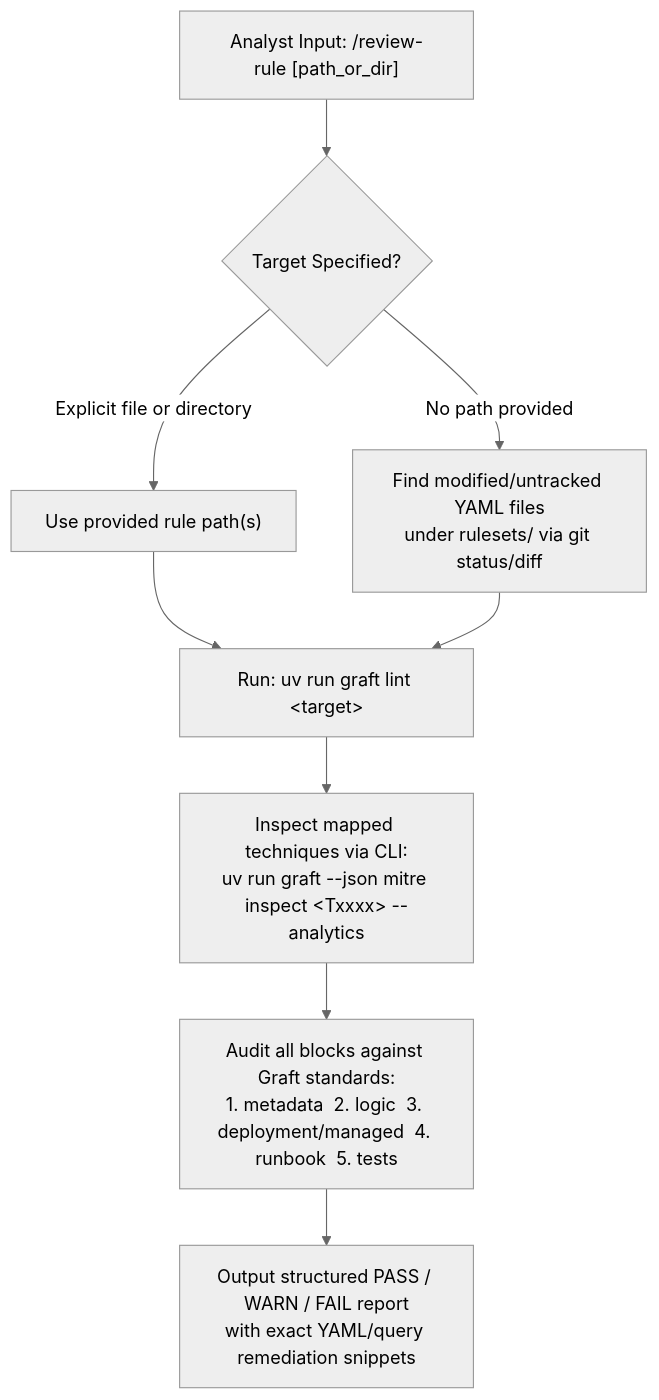
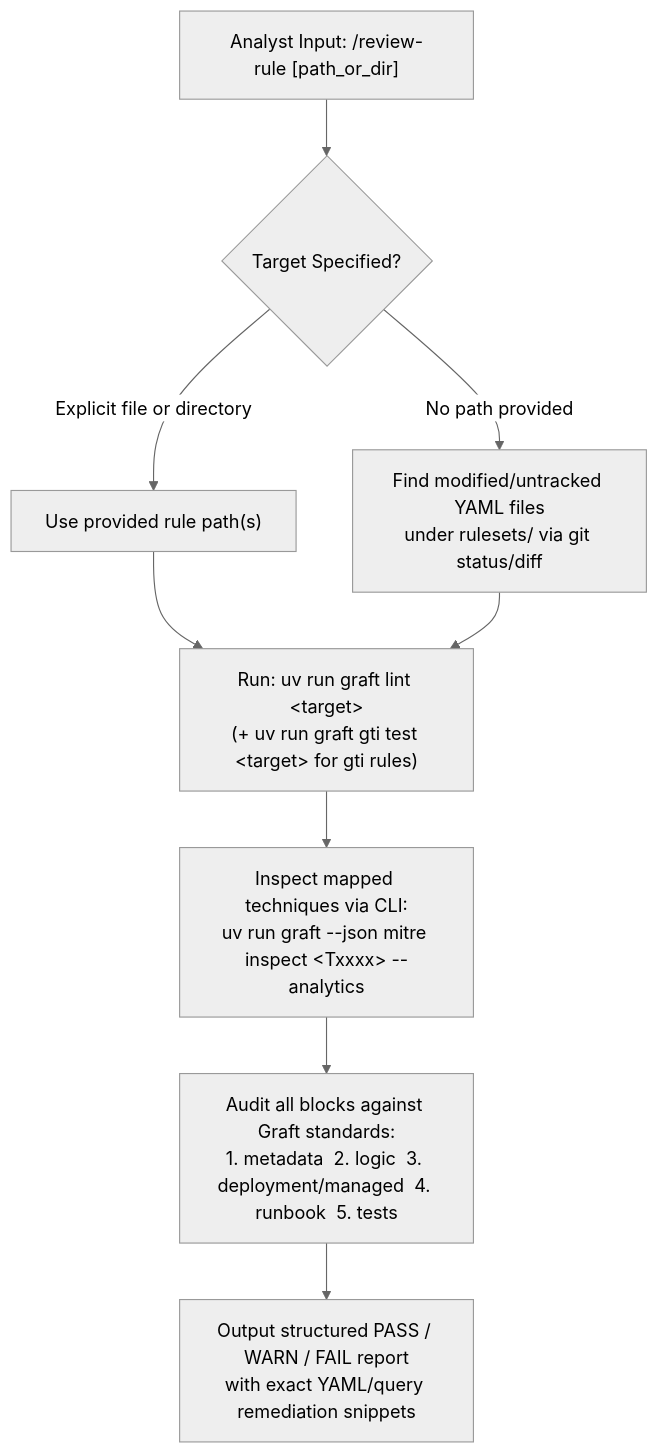
Before and after one commit to lopes/graft: the diagram in .agents/skills/review-rule/SKILL.md, drawn with Mermaid (neutral theme). The commit also changed other lines of this file and 8 other files, not shown here.

Commit message:
docs,skills: position graft for google security with equal secops and gti coverage (#60)

````diff
--- a/.agents/skills/review-rule/SKILL.md
+++ b/.agents/skills/review-rule/SKILL.md
@@ -31,11 +33,11 @@
 ```mermaid
 flowchart TD
     IN["Analyst Input: /review-rule [path_or_dir]"] --> TARGET{"Target Specified?"}
     TARGET -->|"Explicit file or directory"| USE["Use provided rule path(s)"]
     TARGET -->|"No path provided"| GIT["Find modified/untracked YAML files<br/>under rulesets/ via git status/diff"]
-    USE --> LINT["Run: uv run graft lint &lt;target&gt;"]
+    USE --> LINT["Run: uv run graft lint &lt;target&gt;<br/>(+ uv run graft gti test &lt;target&gt; for gti rules)"]
     GIT --> LINT
     LINT --> MITRE["Inspect mapped techniques via CLI:<br/>uv run graft --json mitre inspect &lt;Txxxx&gt; --analytics"]
     MITRE --> AUDIT["Audit all blocks against Graft standards:<br/>1. metadata  2. logic  3. deployment/managed  4. runbook  5. tests"]
     AUDIT --> REPORT["Output structured PASS / WARN / FAIL report<br/>with exact YAML/query remediation snippets"]
 ```
````
